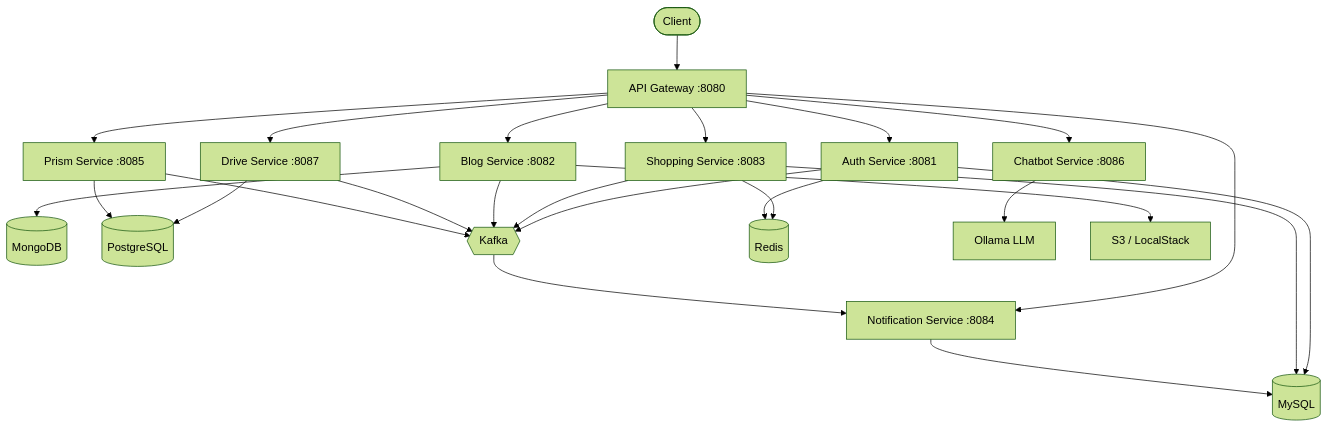
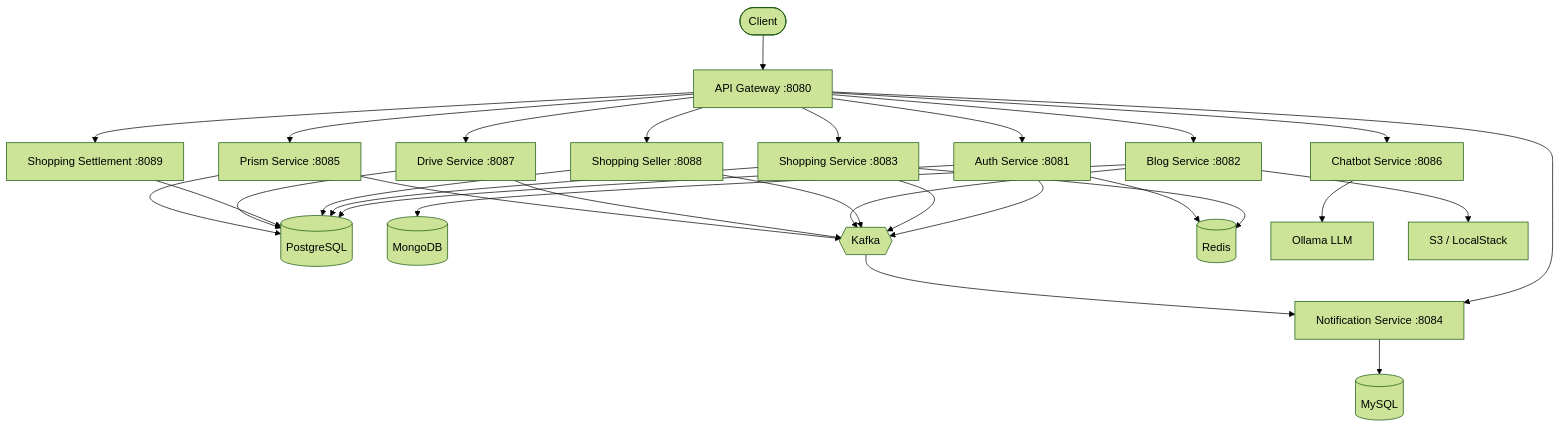
The first of 2 diagrams in README.md (L-a-z-e/portal-universe), drawn with Mermaid (forest theme) before and after one commit. The commit also changed other lines of this file and 3 other files, not shown here.

````diff
--- a/README.md
+++ b/README.md
@@ -27,31 +27,36 @@
 ```mermaid
 graph TB
     Client([Client]) --> GW[API Gateway :8080]
 
     GW --> Auth[Auth Service :8081]
     GW --> Blog[Blog Service :8082]
     GW --> Shop[Shopping Service :8083]
     GW --> Notif[Notification Service :8084]
     GW --> Prism[Prism Service :8085]
     GW --> Chat[Chatbot Service :8086]
     GW --> Drive[Drive Service :8087]
+    GW --> Seller[Shopping Seller :8088]
+    GW --> Settle[Shopping Settlement :8089]
 
-    Auth --> MySQL[(MySQL)]
+    Auth --> PostgreSQL[(PostgreSQL)]
     Blog --> MongoDB[(MongoDB)]
-    Shop --> MySQL
-    Notif --> MySQL
-    Drive --> PostgreSQL[(PostgreSQL)]
+    Shop --> PostgreSQL
+    Seller --> PostgreSQL
+    Settle --> PostgreSQL
+    Notif --> MySQL[(MySQL)]
+    Drive --> PostgreSQL
     Prism --> PostgreSQL
 
     Auth --> Kafka{{Kafka}}
     Shop --> Kafka
+    Seller --> Kafka
     Blog --> Kafka
     Drive --> Kafka
     Prism --> Kafka
     Kafka --> Notif
 
     Shop --> Redis[(Redis)]
     Auth --> Redis
     Chat --> Ollama[Ollama LLM]
     Blog --> S3[S3 / LocalStack]
 ```
````
